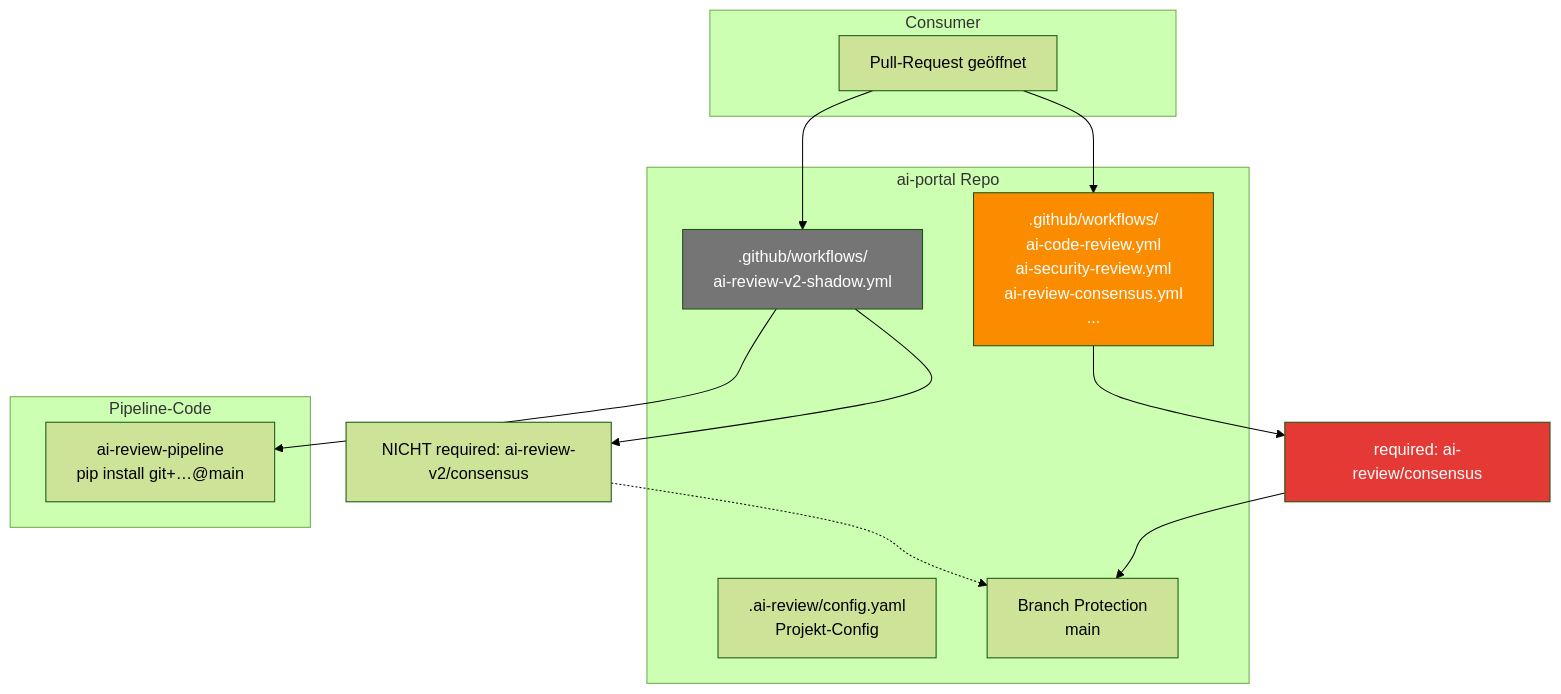
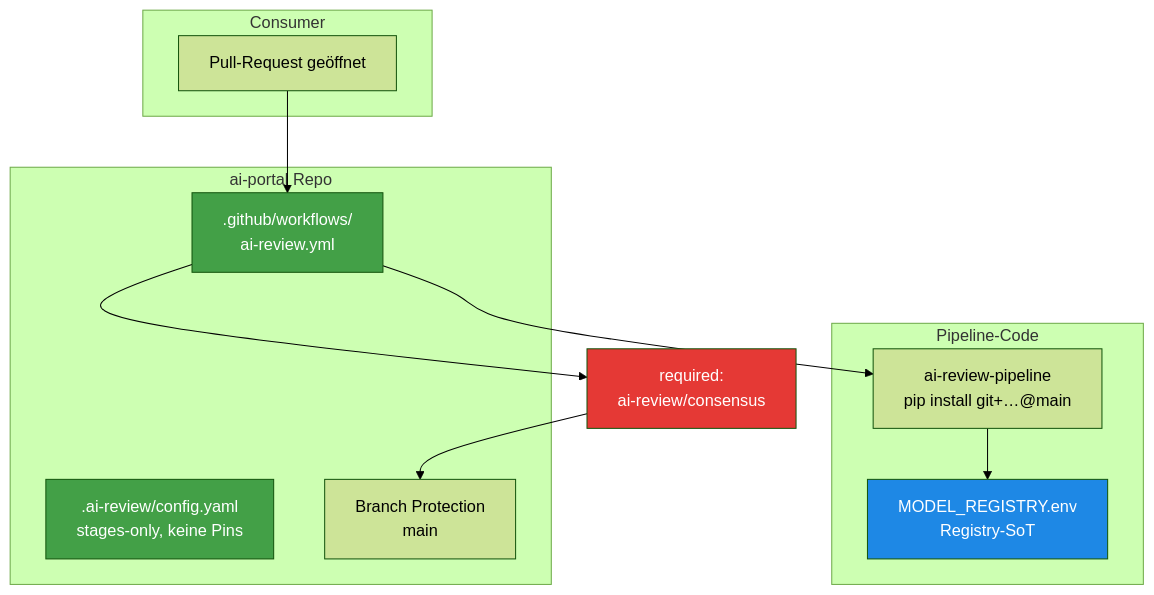
The first of 2 diagrams in docs/wiki/20-komponenten/20-ai-portal-integration.md (EtroxTaran/agent-stack), drawn with Mermaid (forest theme) before and after one commit. The commit also changed other lines of this file and 23 other files, not shown here.

First line of the commit message:
docs: post-phase-5 cutover + model-registry drift cleanup (#17)

````diff
--- a/docs/wiki/20-komponenten/20-ai-portal-integration.md
+++ b/docs/wiki/20-komponenten/20-ai-portal-integration.md
@@ -7,32 +7,30 @@
 ```mermaid
 graph TB
     subgraph "ai-portal Repo"
-        CFG[.ai-review/config.yaml<br/>Projekt-Config]
-        V1[.github/workflows/<br/>ai-code-review.yml<br/>ai-security-review.yml<br/>ai-review-consensus.yml<br/>...]
-        V2[.github/workflows/<br/>ai-review-v2-shadow.yml]
+        CFG[.ai-review/config.yaml<br/>stages-only, keine Pins]
+        WF[.github/workflows/<br/>ai-review.yml]
         BP[Branch Protection<br/>main]
     end
 
     subgraph "Consumer"
         PR[Pull-Request geöffnet]
     end
 
     subgraph "Pipeline-Code"
         ARP[ai-review-pipeline<br/>pip install git+…@main]
+        REG[MODEL_REGISTRY.env<br/>Registry-SoT]
     end
 
-    PR --> V1
-    PR --> V2
-    V2 --> ARP
-    V1 --> BP_V1[required: ai-review/consensus]
-    V2 --> BP_V2[NICHT required: ai-review-v2/consensus]
-    BP_V1 --> BP
-    BP_V2 -.-> BP
+    PR --> WF
+    WF --> ARP
+    ARP --> REG
+    WF --> BP_C[required:<br/>ai-review/consensus]
+    BP_C --> BP
 
-    classDef current fill:#fb8c00,color:#fff
-    classDef shadow fill:#757575,color:#fff
+    classDef current fill:#43a047,color:#fff
     classDef required fill:#e53935,color:#fff
-    class V1 current
-    class V2 shadow
-    class BP_V1 required
+    classDef source fill:#1e88e5,color:#fff
+    class WF,CFG current
+    class BP_C required
+    class REG source
 ```
````
